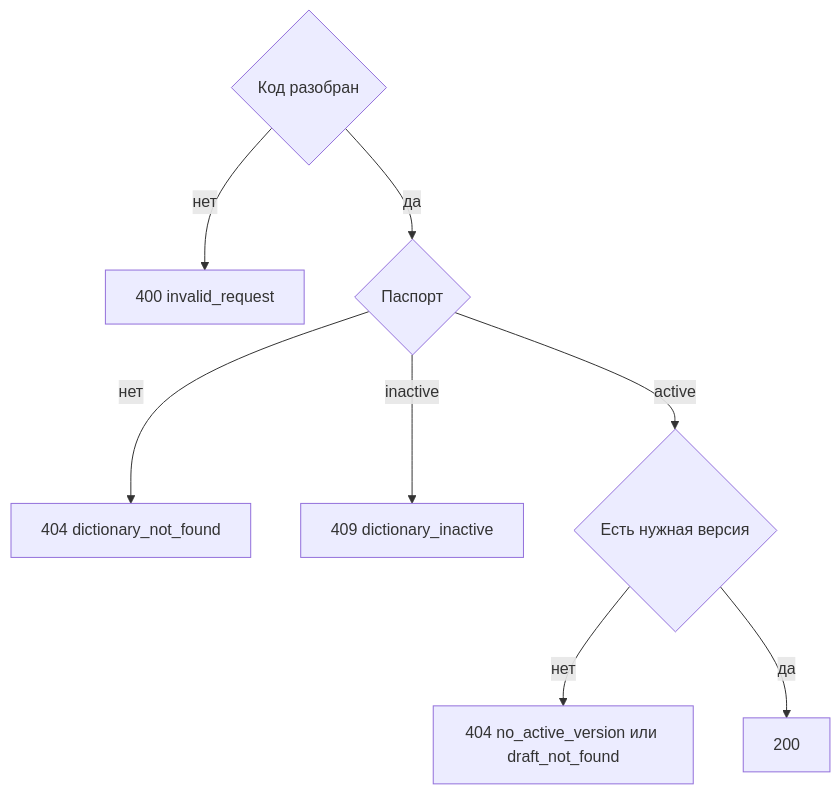
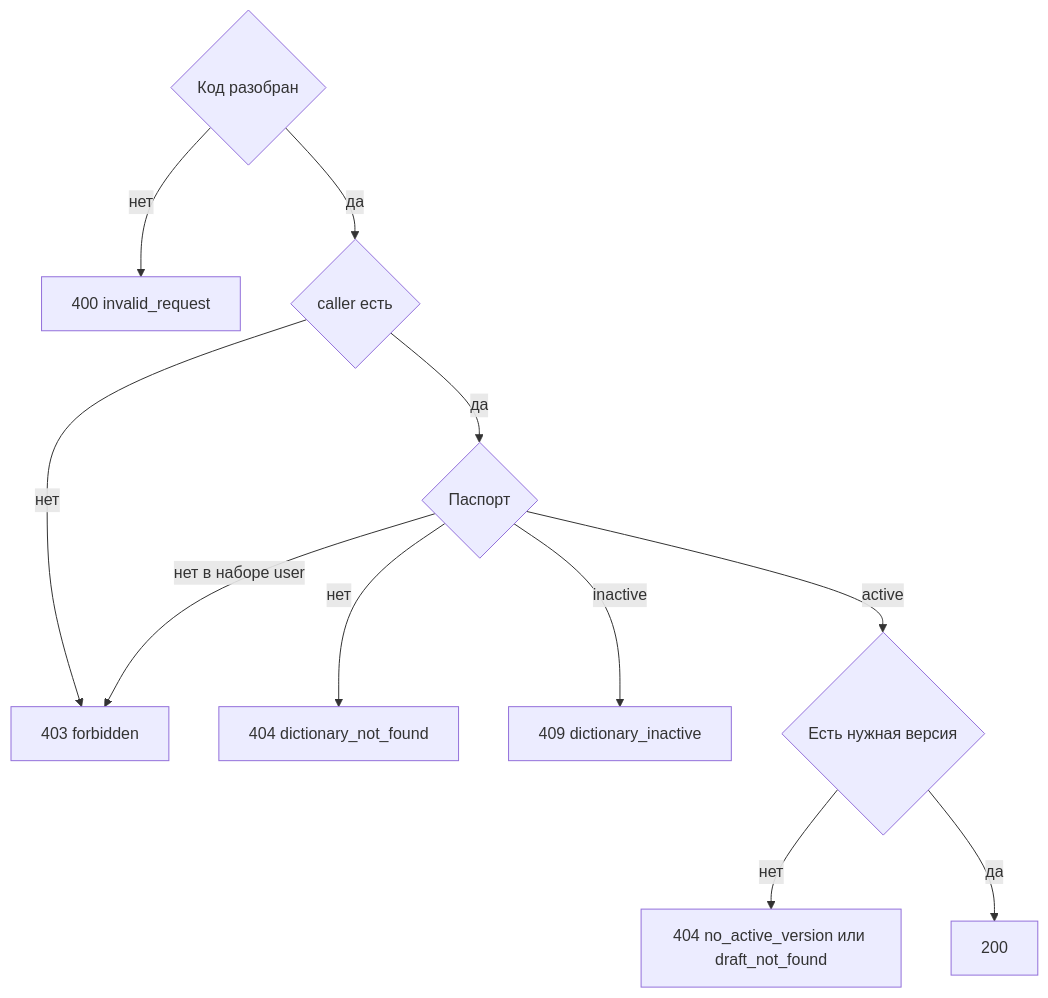
One commit to StrannikE95/reference_data changed the diagram in docs/1. functional/specification/v3 - 1 таблица/api/service.api/CatalogController/get_columns.md. Above: the diagram before and after it, drawn with Mermaid. The commit also changed other lines of this file and 25 other files, not shown here.

````diff
--- a/docs/1. functional/specification/v3 - 1 таблица/api/service.api/CatalogController/get_columns.md
+++ b/docs/1. functional/specification/v3 - 1 таблица/api/service.api/CatalogController/get_columns.md
@@ -56,10 +69,13 @@
 ```mermaid
 flowchart TD
   fmt{"Код разобран"} -->|нет| bad["400 invalid_request"]
-  fmt -->|да| found{"Паспорт"}
+  fmt -->|да| who{"caller есть"}
+  who -->|нет| deny["403 forbidden"]
+  who -->|да| found{"Паспорт"}
   found -->|нет| miss["404 dictionary_not_found"]
+  found -->|"нет в наборе user"| deny
   found -->|inactive| off["409 dictionary_inactive"]
   found -->|active| ver{"Есть нужная версия"}
   ver -->|нет| missVer["404 no_active_version или draft_not_found"]
   ver -->|да| ok["200"]
 ```
````
